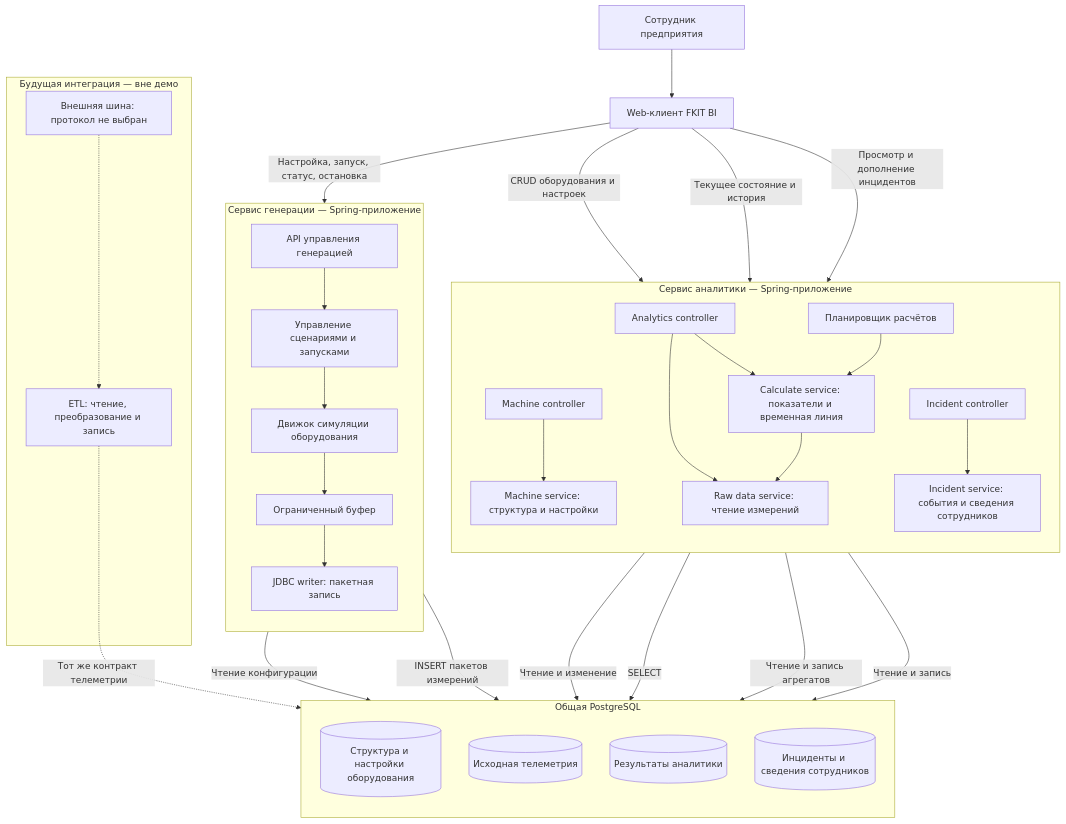
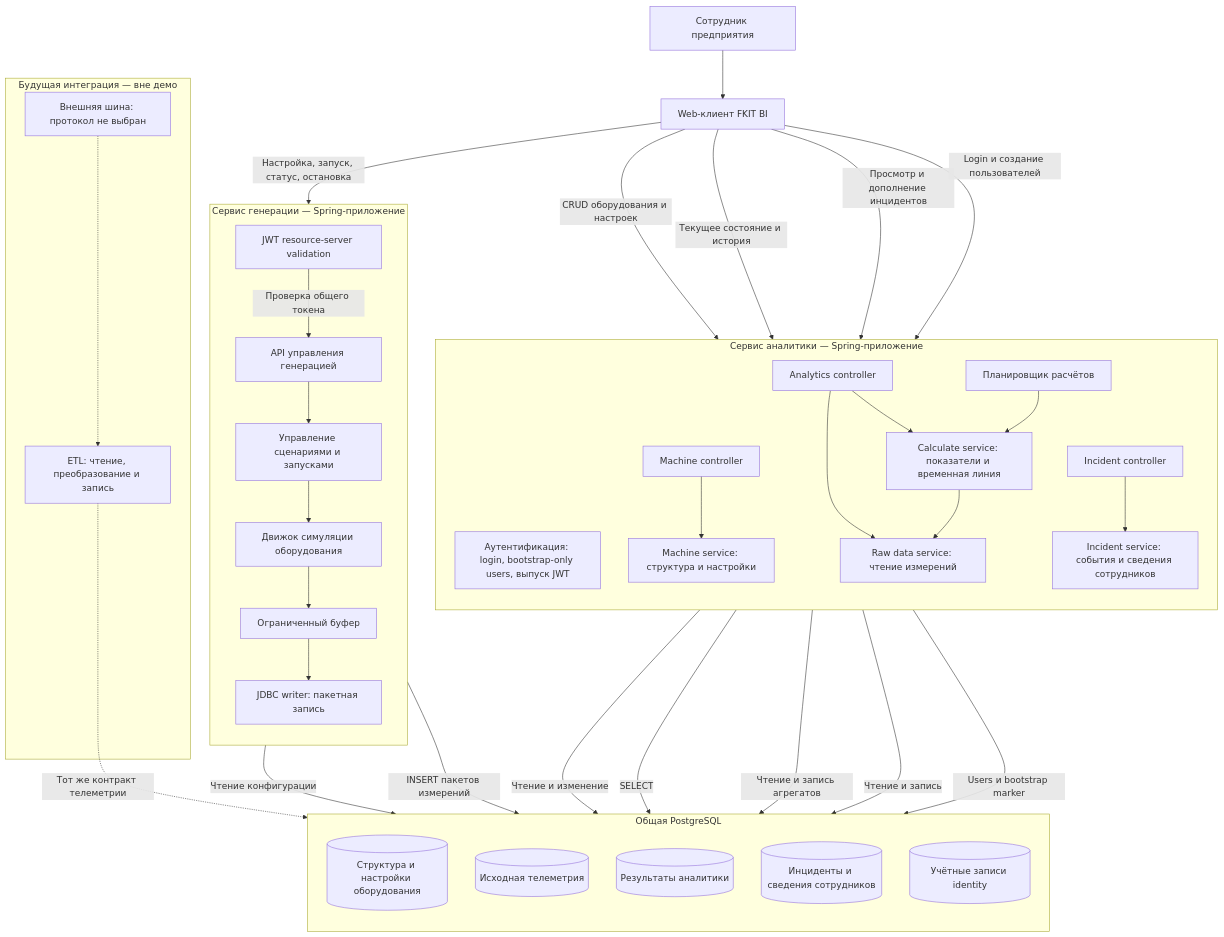
The first of 8 diagrams in docs/architecture/fkit-bi-architecture.md (FKIT-BI/fkit-bi-infra), drawn with Mermaid before and after one commit. The commit also changed 9 other files, not shown here.

Commit message:
feat(infra): configure auth bootstrap and proxy trust

````diff
--- a/docs/architecture/fkit-bi-architecture.md
+++ b/docs/architecture/fkit-bi-architecture.md
@@ -9,48 +9,54 @@
 ```mermaid
 flowchart TB
     U["Сотрудник предприятия"] --> W["Web-клиент FKIT BI"]
 
     subgraph BI["Сервис аналитики — Spring-приложение"]
         direction TB
+        AUTH["Аутентификация: login, bootstrap-only users, выпуск JWT"]
         MC["Machine controller"] --> MS["Machine service: структура и настройки"]
         AC["Analytics controller"] --> CALC["Calculate service: показатели и временная линия"]
         AC --> RAW["Raw data service: чтение измерений"]
         CALC --> RAW
         SCHED["Планировщик расчётов"] --> CALC
         IC["Incident controller"] --> IS["Incident service: события и сведения сотрудников"]
     end
 
     subgraph SIM["Сервис генерации — Spring-приложение"]
         direction TB
+        JWT["JWT resource-server validation"]
         GC["API управления генерацией"] --> RUN["Управление сценариями и запусками"]
         RUN --> ENGINE["Движок симуляции оборудования"]
         ENGINE --> BUFFER["Ограниченный буфер"]
         BUFFER --> WRITER["JDBC writer: пакетная запись"]
     end
 
     subgraph PG["Общая PostgreSQL"]
         direction TB
         CFG[("Структура и настройки оборудования")]
         TEL[("Исходная телеметрия")]
         AGG[("Результаты аналитики")]
         INC[("Инциденты и сведения сотрудников")]
+        IDN[("Учётные записи identity")]
     end
 
     W -->|"CRUD оборудования и настроек"| MC
     W -->|"Текущее состояние и история"| AC
     W -->|"Просмотр и дополнение инцидентов"| IC
     W -->|"Настройка, запуск, статус, остановка"| GC
     MS -->|"Чтение и изменение"| CFG
     RUN -->|"Чтение конфигурации"| CFG
     WRITER -->|"INSERT пакетов измерений"| TEL
     RAW -->|"SELECT"| TEL
     CALC -->|"Чтение и запись агрегатов"| AGG
     IS -->|"Чтение и запись"| INC
+    AUTH -->|"Users и bootstrap marker"| IDN
+    W -->|"Login и создание пользователей"| AUTH
+    JWT -->|"Проверка общего токена"| GC
 
     subgraph FUTURE["Будущая интеграция — вне демо"]
         BUS["Внешняя шина: протокол не выбран"]
         ETL["ETL: чтение, преобразование и запись"]
         BUS -.-> ETL
     end
     ETL -.->|"Тот же контракт телеметрии"| TEL
 ```
````
